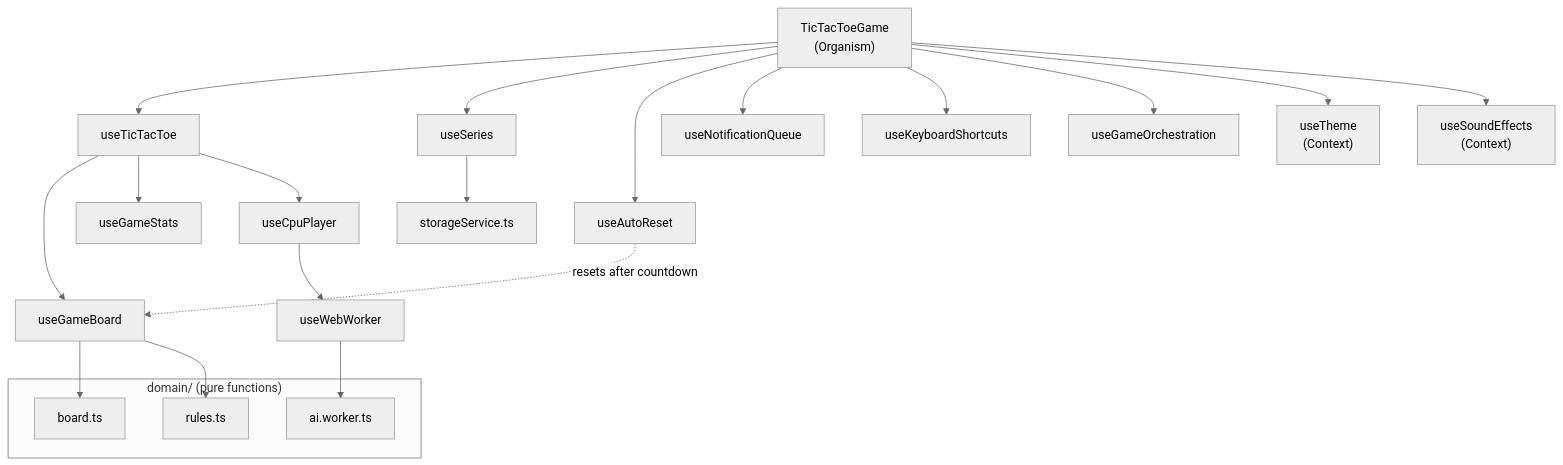
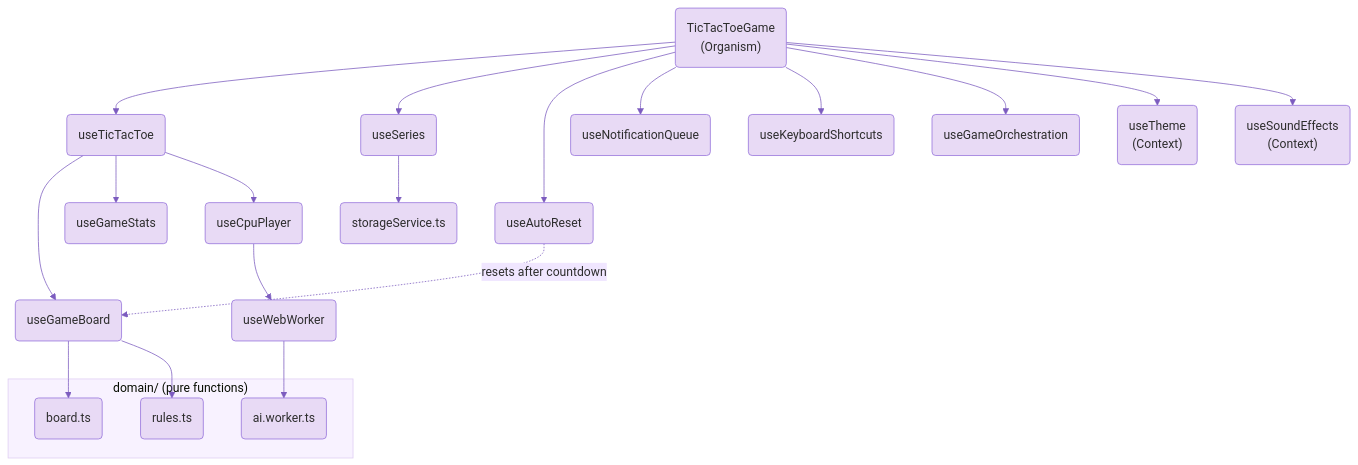
Before and after one commit to scottdreinhart/tictactoe: the second of 9 diagrams in README.md, drawn with Mermaid. The commit also changed other lines of this file, not shown here.

Commit message:
docs: use lilac/purple theme with rounded nodes for all Mermaid diagrams

````diff
--- a/README.md
+++ b/README.md
@@ -398,32 +398,32 @@
 ```mermaid
-%%{init: {'theme': 'neutral'}}%%
+%%{init: {'theme': 'base', 'themeVariables': {'primaryColor': '#e8daf5', 'primaryTextColor': '#2d2d2d', 'primaryBorderColor': '#9370DB', 'lineColor': '#7c5cbf', 'secondaryColor': '#f0e6ff', 'tertiaryColor': '#f8f2ff', 'fontFamily': 'system-ui'}}}%%
 graph TD
-  TicTacToeGame["TicTacToeGame\n(Organism)"]
+  TicTacToeGame("TicTacToeGame\n(Organism)")
 
-  TicTacToeGame --> useTicTacToe
-  TicTacToeGame --> useSeries
-  TicTacToeGame --> useAutoReset
-  TicTacToeGame --> useNotificationQueue
-  TicTacToeGame --> useKeyboardShortcuts
-  TicTacToeGame --> useGameOrchestration
-  TicTacToeGame --> useTheme["useTheme\n(Context)"]
-  TicTacToeGame --> useSoundEffects["useSoundEffects\n(Context)"]
+  TicTacToeGame --> useTicTacToe("useTicTacToe")
+  TicTacToeGame --> useSeries("useSeries")
+  TicTacToeGame --> useAutoReset("useAutoReset")
+  TicTacToeGame --> useNotificationQueue("useNotificationQueue")
+  TicTacToeGame --> useKeyboardShortcuts("useKeyboardShortcuts")
+  TicTacToeGame --> useGameOrchestration("useGameOrchestration")
+  TicTacToeGame --> useTheme("useTheme\n(Context)")
+  TicTacToeGame --> useSoundEffects("useSoundEffects\n(Context)")
 
-  useTicTacToe --> useGameBoard
-  useTicTacToe --> useGameStats
-  useTicTacToe --> useCpuPlayer
+  useTicTacToe --> useGameBoard("useGameBoard")
+  useTicTacToe --> useGameStats("useGameStats")
+  useTicTacToe --> useCpuPlayer("useCpuPlayer")
 
-  useGameBoard --> board_ts["board.ts"]
-  useGameBoard --> rules_ts["rules.ts"]
-  useCpuPlayer --> useWebWorker
-  useWebWorker --> ai_worker["ai.worker.ts"]
+  useGameBoard --> board_ts("board.ts")
+  useGameBoard --> rules_ts("rules.ts")
+  useCpuPlayer --> useWebWorker("useWebWorker")
+  useWebWorker --> ai_worker("ai.worker.ts")
 
-  useSeries --> storageService["storageService.ts"]
+  useSeries --> storageService("storageService.ts")
   useAutoReset -.->|resets after countdown| useGameBoard
 
   subgraph Domain["domain/ (pure functions)"]
     board_ts
     rules_ts
     ai_worker
   end
 ```
````
